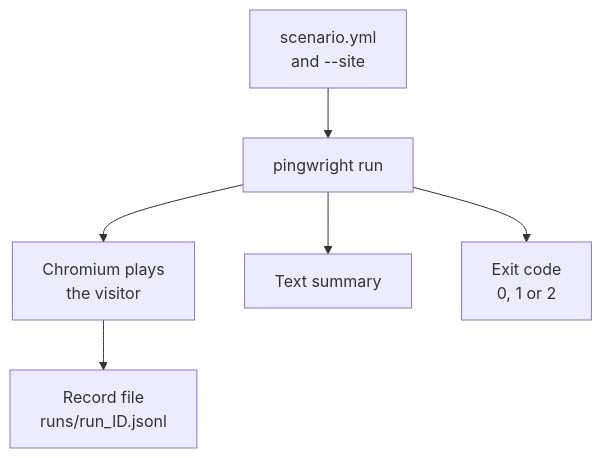
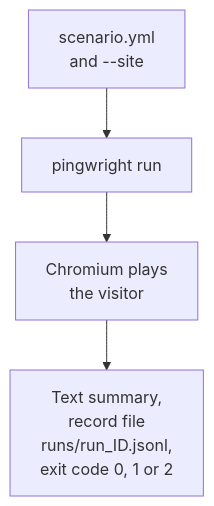
One commit to alfhen/pingwright changed the diagram in docs/guide/first-run.md. Above: the diagram before and after it, drawn with Mermaid. The commit also changed 6 other files, not shown here.

Commit message:
Docs diagrams: fit a 390 px screen without sideways scrolling

````diff
--- a/docs/guide/first-run.md
+++ b/docs/guide/first-run.md
@@ -45,8 +45,6 @@
 ```mermaid
 flowchart TB
   a["scenario.yml<br/>and --site"] --> b["pingwright run"]
   b --> c["Chromium plays<br/>the visitor"]
-  c --> d["Record file<br/>runs/run_ID.jsonl"]
-  b --> e["Text summary"]
-  b --> f["Exit code<br/>0, 1 or 2"]
+  c --> d["Text summary,<br/>record file<br/>runs/run_ID.jsonl,<br/>exit code 0, 1 or 2"]
 ```
````
